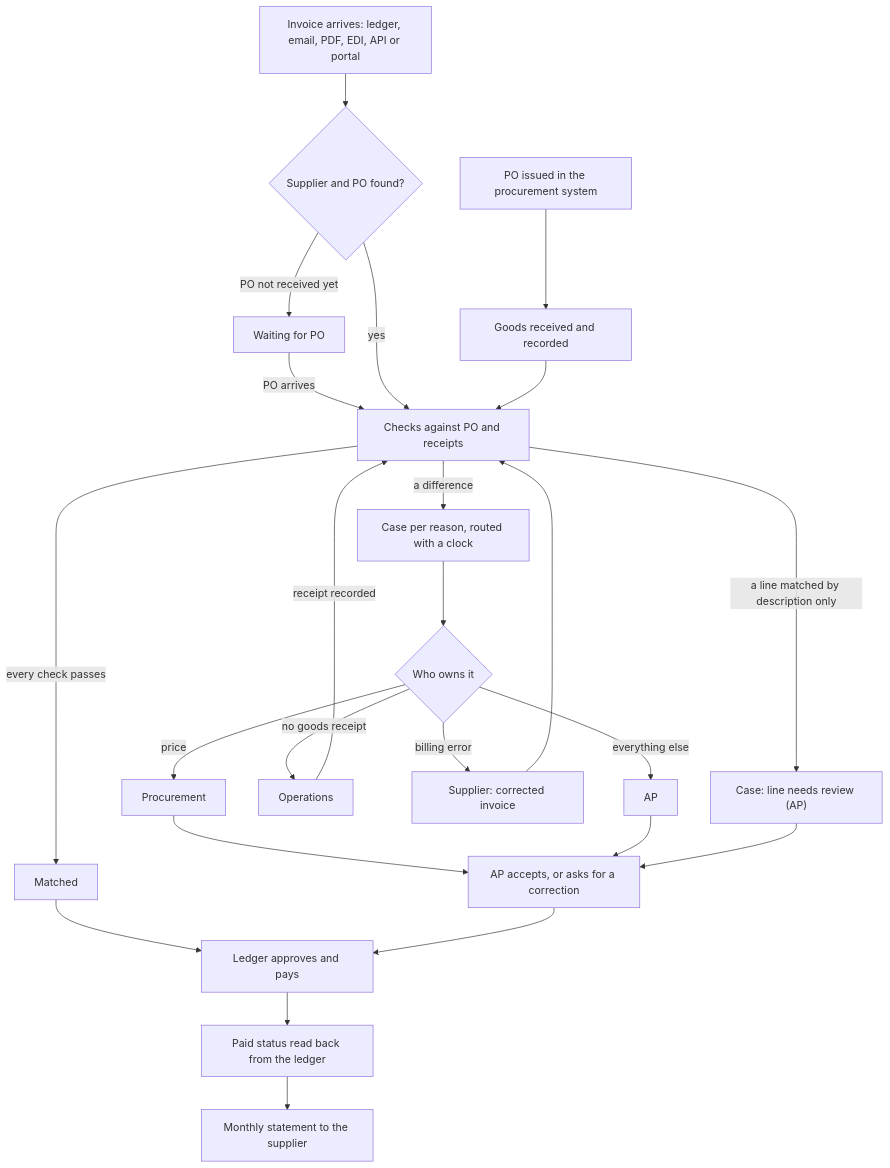
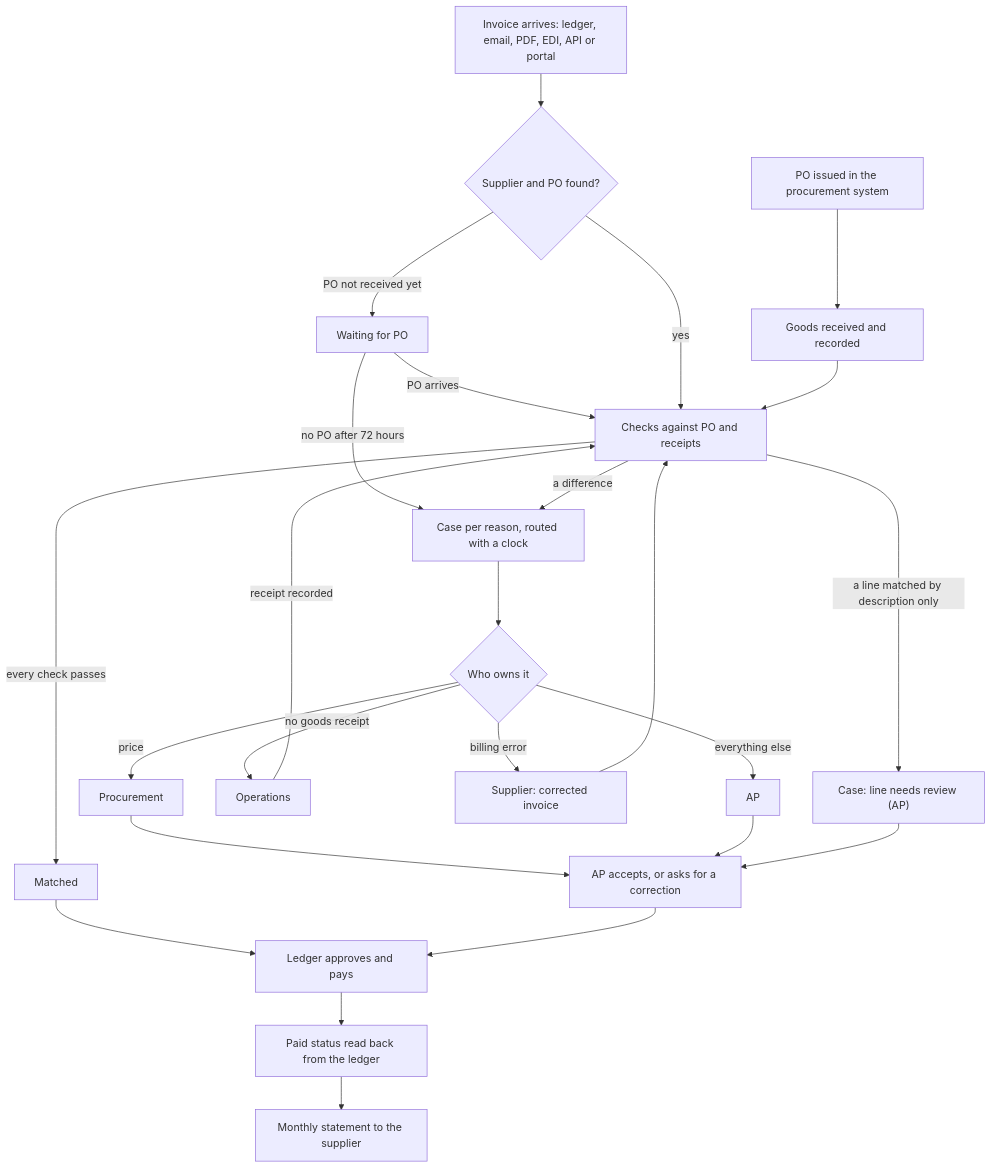
Before and after one commit to coverbasedev/docs: the diagram in user-guides/payables-overview.mdx, drawn with Mermaid. The commit also changed other lines of this file and 7 other files, not shown here.

````diff
--- a/user-guides/payables-overview.mdx
+++ b/user-guides/payables-overview.mdx
@@ -35,26 +35,27 @@
 ```mermaid
 flowchart TD
   PO["PO issued in the procurement system"] --> GR["Goods received and recorded"]
   INV["Invoice arrives: ledger, email, PDF, EDI, API or portal"] --> ID{"Supplier and PO found?"}
   ID -- "PO not received yet" --> WAITPO["Waiting for PO"]
   WAITPO -- "PO arrives" --> CHECK
+  WAITPO -- "no PO after 72 hours" --> CASE
   ID -- yes --> CHECK["Checks against PO and receipts"]
   GR --> CHECK
   CHECK -- "every check passes" --> MATCHED["Matched"]
   CHECK -- "a line matched by description only" --> LINE["Case: line needs review (AP)"]
   CHECK -- "a difference" --> CASE["Case per reason, routed with a clock"]
   CASE --> OWNER{"Who owns it"}
   OWNER -- "price" --> PROC["Procurement"]
   OWNER -- "no goods receipt" --> OPS["Operations"]
   OWNER -- "billing error" --> SUP["Supplier: corrected invoice"]
   OWNER -- "everything else" --> AP["AP"]
   SUP --> CHECK
   OPS -- "receipt recorded" --> CHECK
   PROC --> DECIDE["AP accepts, or asks for a correction"]
   AP --> DECIDE
   LINE --> DECIDE
   MATCHED --> LEDGER["Ledger approves and pays"]
   DECIDE --> LEDGER
   LEDGER --> PAID["Paid status read back from the ledger"]
   PAID --> STMT["Monthly statement to the supplier"]
 ```
````
